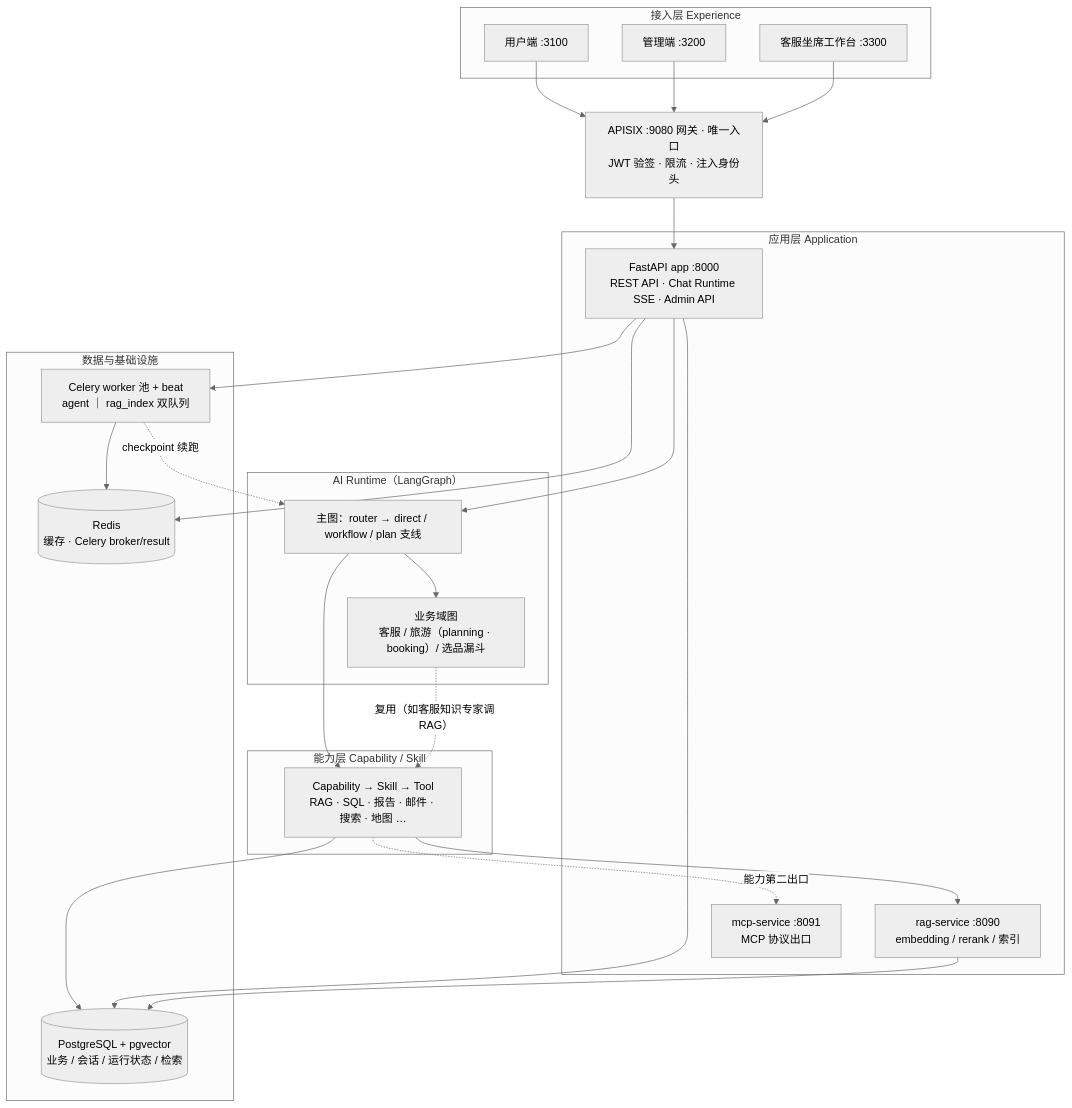
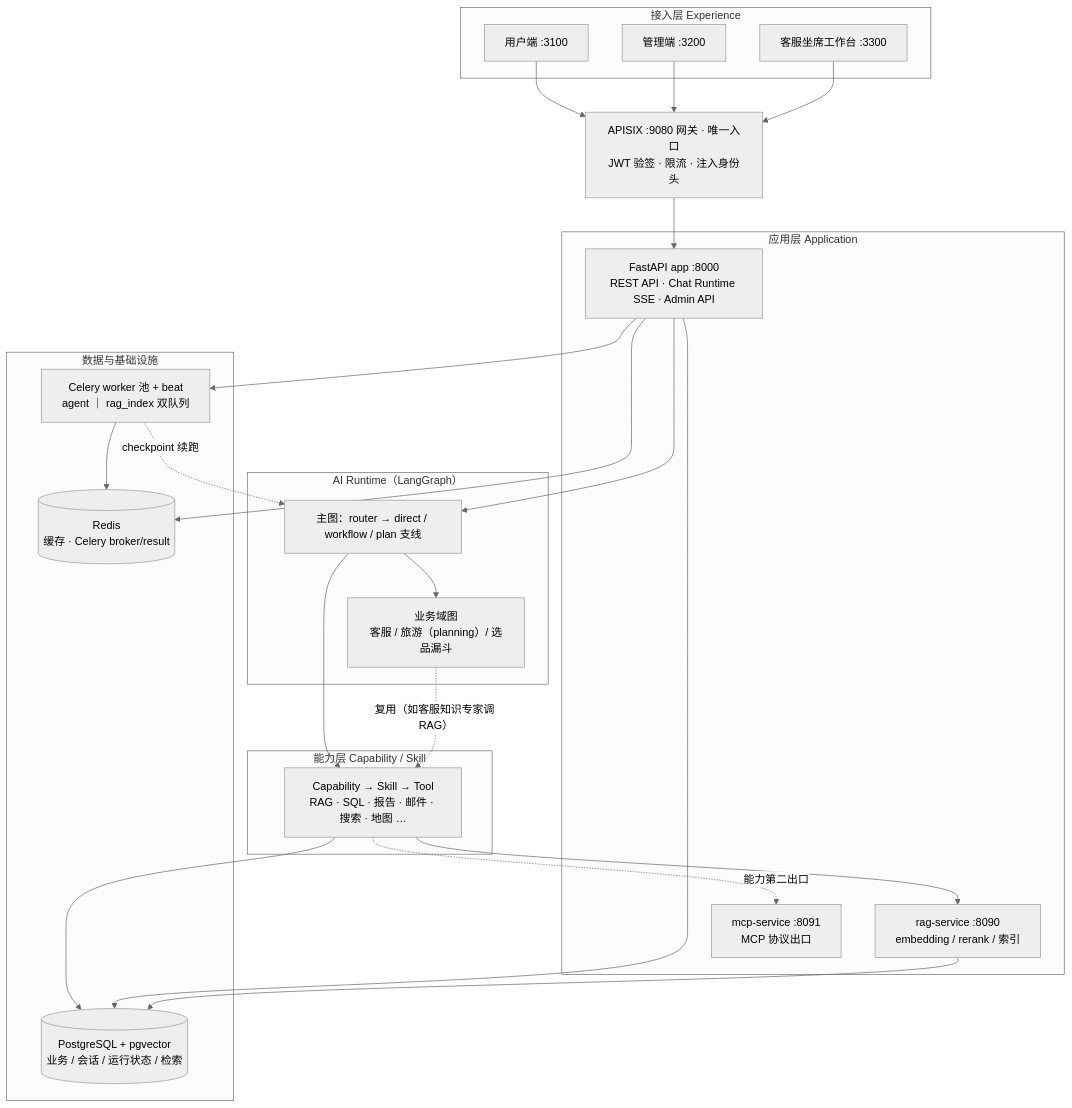
Before and after one commit to Jayus-07/agent: the first of 2 diagrams in README.md, drawn with Mermaid (neutral theme). The commit also changed other lines of this file and 72 other files, not shown here.

First line of the commit message:
refactor(travel): booking 域图壳收编删除——事务机制保留，预订 REST 化确认门

````diff
--- a/README.md
+++ b/README.md
@@ -15,49 +15,49 @@
 ```mermaid
 flowchart TB
     subgraph EXP["接入层 Experience"]
         WEB["用户端 :3100"]
         ADM["管理端 :3200"]
         CSW["客服坐席工作台 :3300"]
     end
 
     GW["APISIX :9080 网关 · 唯一入口<br/>JWT 验签 · 限流 · 注入身份头"]
 
     subgraph APPL["应用层 Application"]
         APP["FastAPI app :8000<br/>REST API · Chat Runtime SSE · Admin API"]
         RAGS["rag-service :8090<br/>embedding / rerank / 索引"]
         MCPS["mcp-service :8091<br/>MCP 协议出口"]
     end
 
     subgraph AIRT["AI Runtime（LangGraph）"]
         MAIN["主图：router → direct / workflow / plan 支线"]
-        DOM["业务域图<br/>客服 / 旅游（planning · booking）/ 选品漏斗"]
+        DOM["业务域图<br/>客服 / 旅游（planning）/ 选品漏斗"]
     end
 
     subgraph CAPL["能力层 Capability / Skill"]
         SK["Capability → Skill → Tool<br/>RAG · SQL · 报告 · 邮件 · 搜索 · 地图 …"]
     end
 
     subgraph INFRA["数据与基础设施"]
         PG[("PostgreSQL + pgvector<br/>业务 / 会话 / 运行状态 / 检索")]
         RD[("Redis<br/>缓存 · Celery broker/result")]
         CEL["Celery worker 池 + beat<br/>agent ｜ rag_index 双队列"]
     end
 
     WEB --> GW
     ADM --> GW
     CSW --> GW
     GW --> APP
     APP --> MAIN
     MAIN --> DOM
     MAIN --> SK
     DOM -.->|"复用（如客服知识专家调 RAG）"| SK
     SK --> RAGS
     SK --> PG
     APP --> CEL
     APP --> PG
     APP --> RD
     CEL --> RD
     RAGS --> PG
     SK -.->|"能力第二出口"| MCPS
     CEL -.->|"checkpoint 续跑"| MAIN
 ```
````
